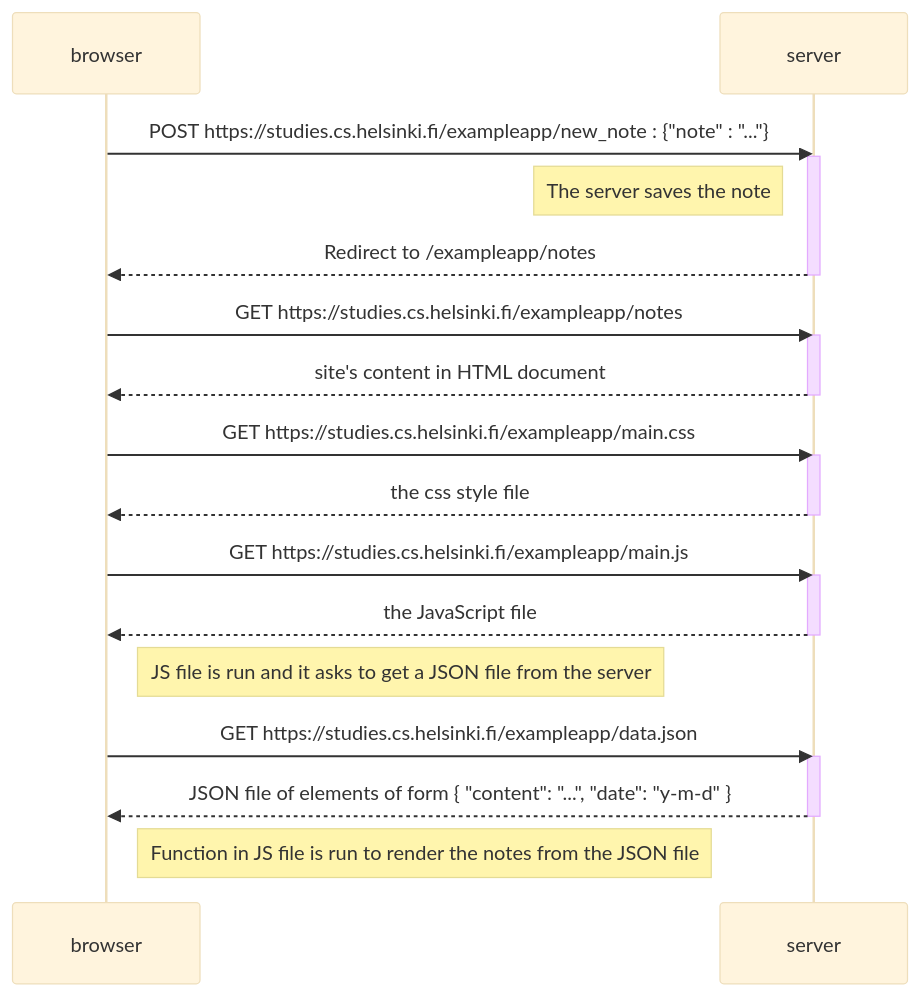
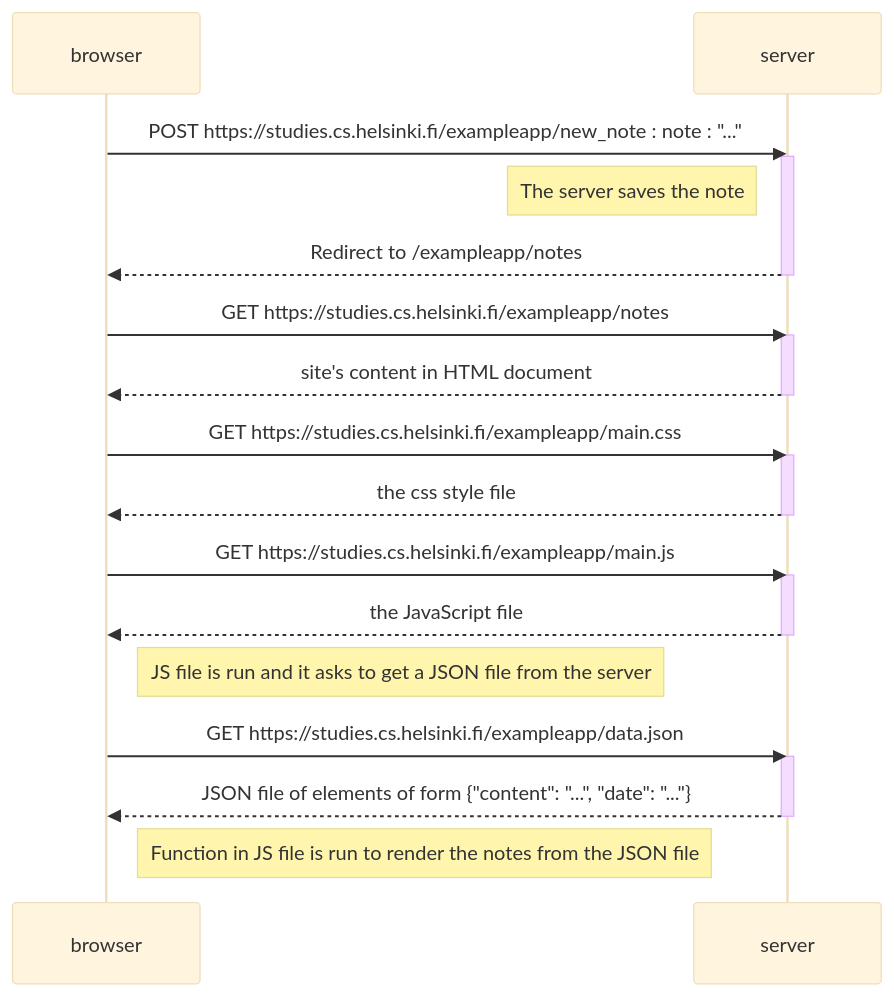
The diagram in osa0/04/notes_sequence.md (Harrihauki/fullstack), drawn with Mermaid (base theme) before and after one commit.

````diff
--- a/osa0/04/notes_sequence.md
+++ b/osa0/04/notes_sequence.md
@@ -1,35 +1,35 @@
 ```mermaid
 sequenceDiagram
   participant browser
   participant server
 
-  browser->>server: POST https://studies.cs.helsinki.fi/exampleapp/new_note : {"note" : "..."}
+  browser->>server: POST https://studies.cs.helsinki.fi/exampleapp/new_note : note : "..."
   activate server
   Note left of server: The server saves the note
   server-->>browser: Redirect to /exampleapp/notes
   deactivate server
 
   browser->>server: GET https://studies.cs.helsinki.fi/exampleapp/notes
   activate server
   server-->>browser: site's content in HTML document
   deactivate server
 
   browser->>server: GET https://studies.cs.helsinki.fi/exampleapp/main.css
   activate server
   server-->>browser: the css style file
   deactivate server
 
   browser->>server: GET https://studies.cs.helsinki.fi/exampleapp/main.js
   activate server
   server-->>browser: the JavaScript file
   deactivate server
 
   Note right of browser: JS file is run and it asks to get a JSON file from the server
 
   browser->>server: GET https://studies.cs.helsinki.fi/exampleapp/data.json
   activate server
-  server-->>browser: JSON file of elements of form { "content": "...", "date": "y-m-d" }
+  server-->>browser: JSON file of elements of form {"content": "...", "date": "..."}
   deactivate server
 
   Note right of browser: Function in JS file is run to render the notes from the JSON file
 ```
````
